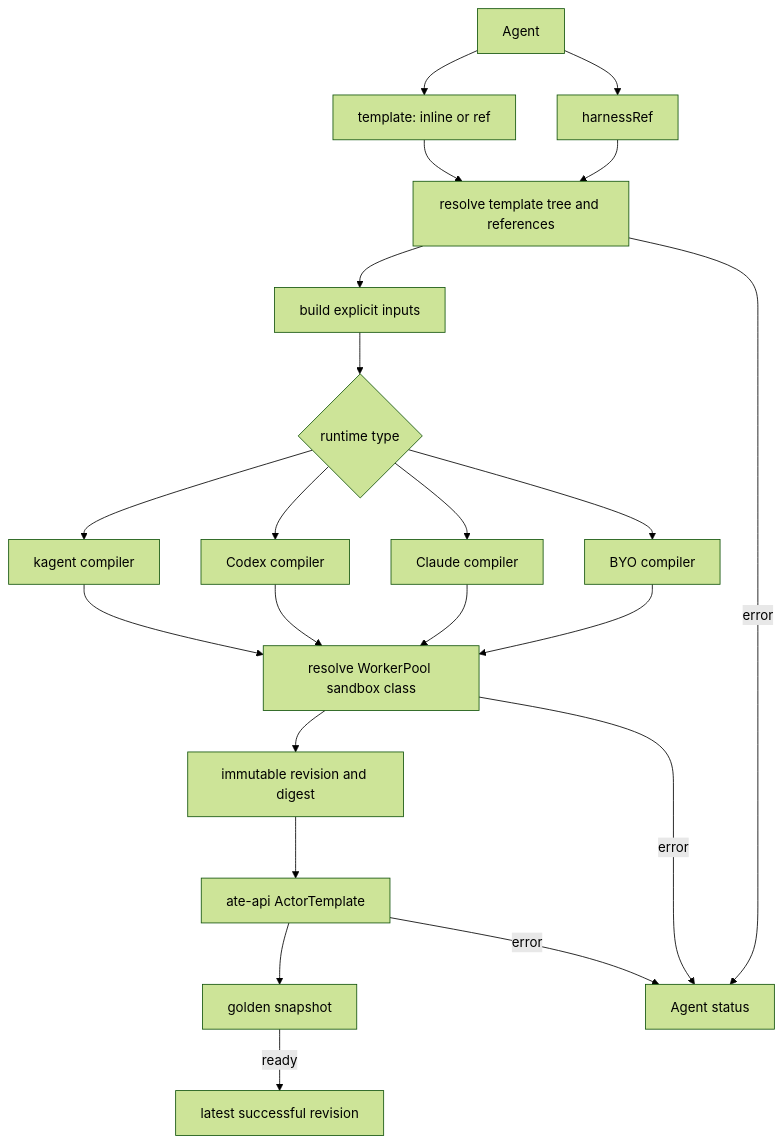
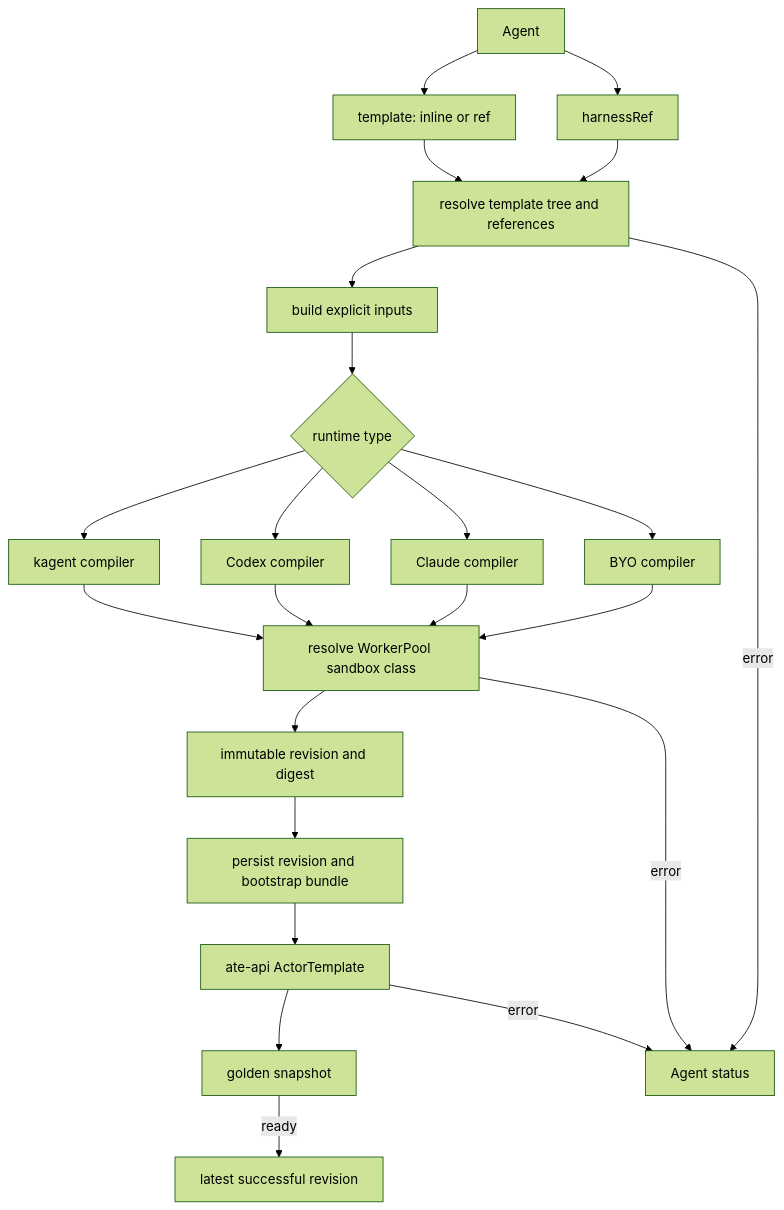
Before and after one commit to kagent-dev/kagent: the diagram in docs/architecture/configuration-and-compilation.md, drawn with Mermaid (forest theme). The commit also changed other lines of this file and 2 other files, not shown here.

````diff
--- a/docs/architecture/configuration-and-compilation.md
+++ b/docs/architecture/configuration-and-compilation.md
@@ -137,24 +137,25 @@
 ```mermaid
 flowchart TD
     A[Agent] --> T[template: inline or ref]
     A --> H[harnessRef]
     T --> RESOLVE[resolve template tree and references]
     H --> RESOLVE
     RESOLVE --> INPUTS[build explicit inputs]
     INPUTS --> REGISTRY{runtime type}
     REGISTRY --> K[kagent compiler]
     REGISTRY --> X[Codex compiler]
     REGISTRY --> C[Claude compiler]
     REGISTRY --> B[BYO compiler]
     K --> POOL[resolve WorkerPool sandbox class]
     X --> POOL
     C --> POOL
     B --> POOL
     POOL --> REV[immutable revision and digest]
     POOL -->|error| STATUS
-    REV --> ATE[ate-api ActorTemplate]
+    REV --> BUNDLE[persist revision and bootstrap bundle]
+    BUNDLE --> ATE[ate-api ActorTemplate]
     ATE --> GOLDEN[golden snapshot]
     GOLDEN -->|ready| LATEST[latest successful revision]
     RESOLVE -->|error| STATUS[Agent status]
     ATE -->|error| STATUS
 ```
````
